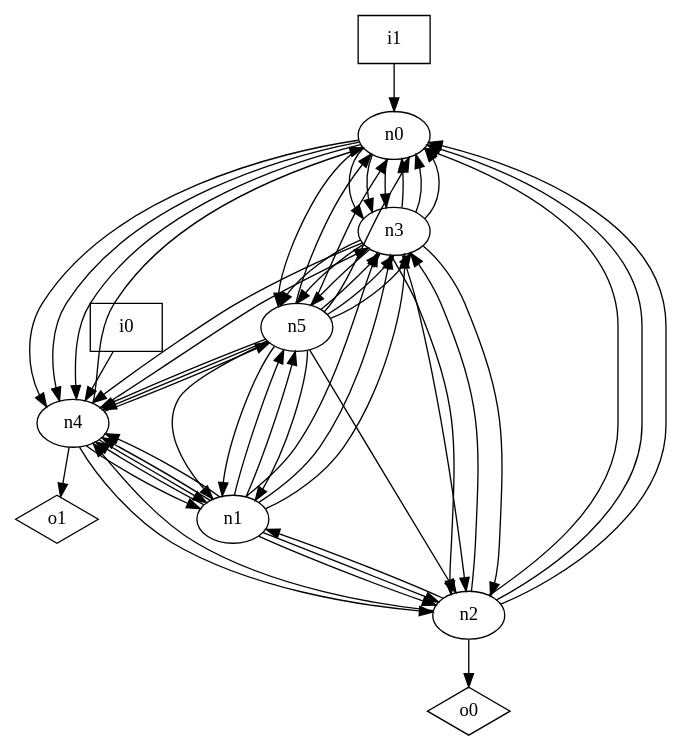
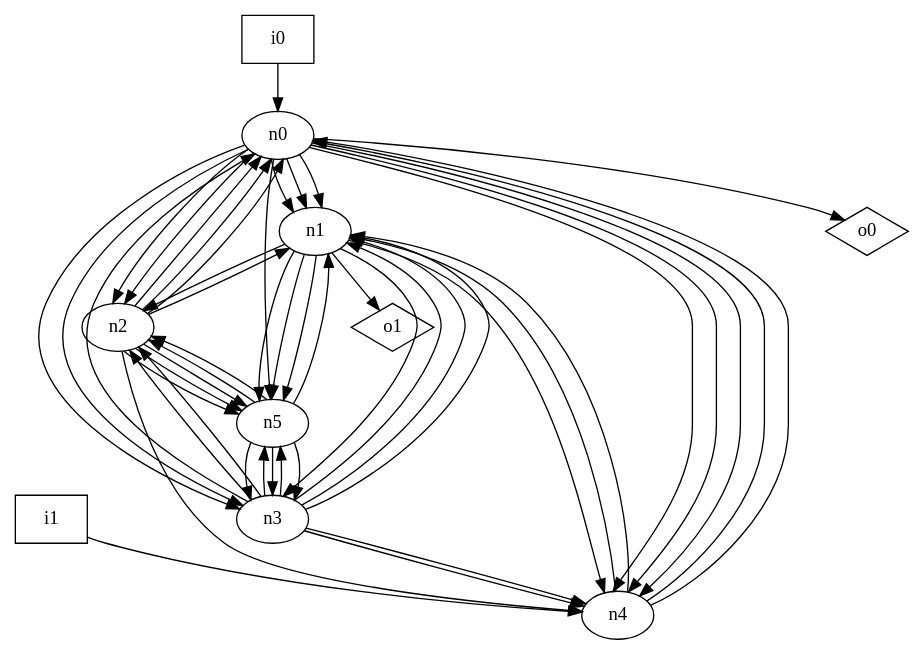
The diagram in dot_files/random_graph/loop_free_graph.dot (p9romain/bool-circuits), drawn with Graphviz before and after one commit. The commit also changed 46 other files, not shown here.

```diff
--- a/dot_files/random_graph/loop_free_graph.dot
+++ b/dot_files/random_graph/loop_free_graph.dot
@@ -1,67 +1,61 @@
 digraph G {
 n0 [label="n0"];
 n1 [label="n1"];
 n2 [label="n2"];
 n3 [label="n3"];
 n4 [label="n4"];
 n5 [label="n5"];
 n6 [label="i0",shape="box"];
 n7 [label="i1",shape="box"];
 n8 [label="o0",shape="diamond"];
 n9 [label="o1",shape="diamond"];
-n0 -> n3
+n0 -> n1
+n0 -> n1
+n0 -> n1
+n0 -> n2
+n0 -> n2
 n0 -> n3
 n0 -> n3
 n0 -> n4
 n0 -> n4
 n0 -> n4
 n0 -> n5
-n1 -> n2
+n0 -> n8
 n1 -> n2
 n1 -> n3
-n1 -> n3
-n1 -> n3
-n1 -> n4
-n1 -> n4
 n1 -> n4
 n1 -> n5
 n1 -> n5
+n1 -> n5
+n1 -> n9
 n2 -> n0
 n2 -> n0
 n2 -> n0
 n2 -> n1
-n2 -> n3
 n2 -> n4
-n2 -> n8
+n2 -> n5
+n2 -> n5
+n2 -> n5
 n3 -> n0
-n3 -> n0
-n3 -> n0
-n3 -> n2
+n3 -> n1
+n3 -> n1
+n3 -> n1
 n3 -> n2
 n3 -> n2
 n3 -> n4
-n3 -> n5
+n3 -> n4
 n3 -> n5
 n3 -> n5
 n4 -> n0
+n4 -> n0
 n4 -> n1
 n4 -> n1
-n4 -> n2
-n4 -> n3
-n4 -> n5
-n4 -> n9
-n5 -> n0
-n5 -> n0
-n5 -> n0
 n5 -> n1
-n5 -> n1
-n5 -> n1
+n5 -> n2
 n5 -> n2
 n5 -> n3
 n5 -> n3
 n5 -> n3
-n5 -> n4
-n5 -> n4
-n6 -> n4
-n7 -> n0
+n6 -> n0
+n7 -> n4
 }
```
